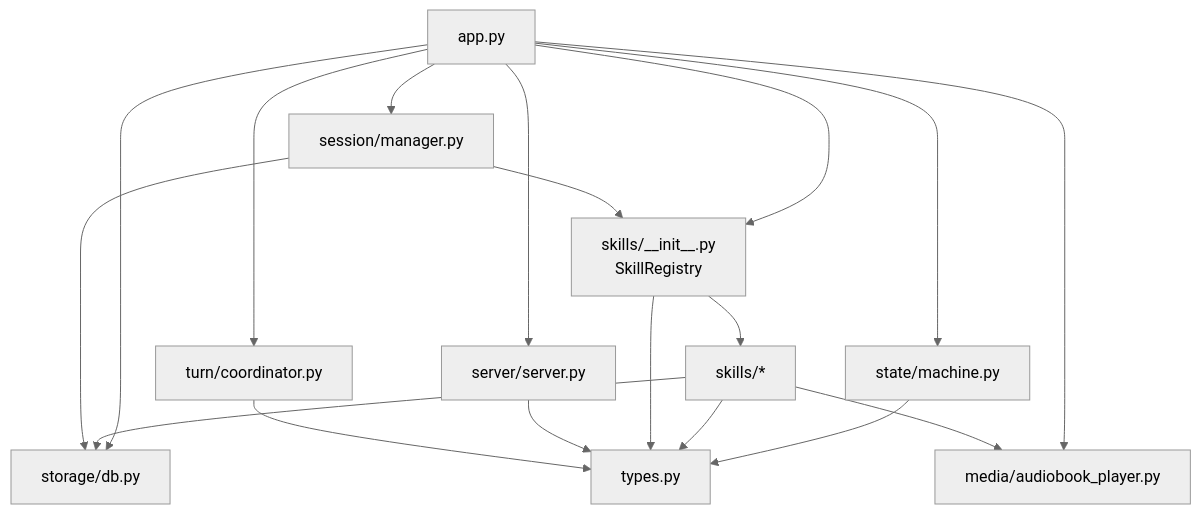
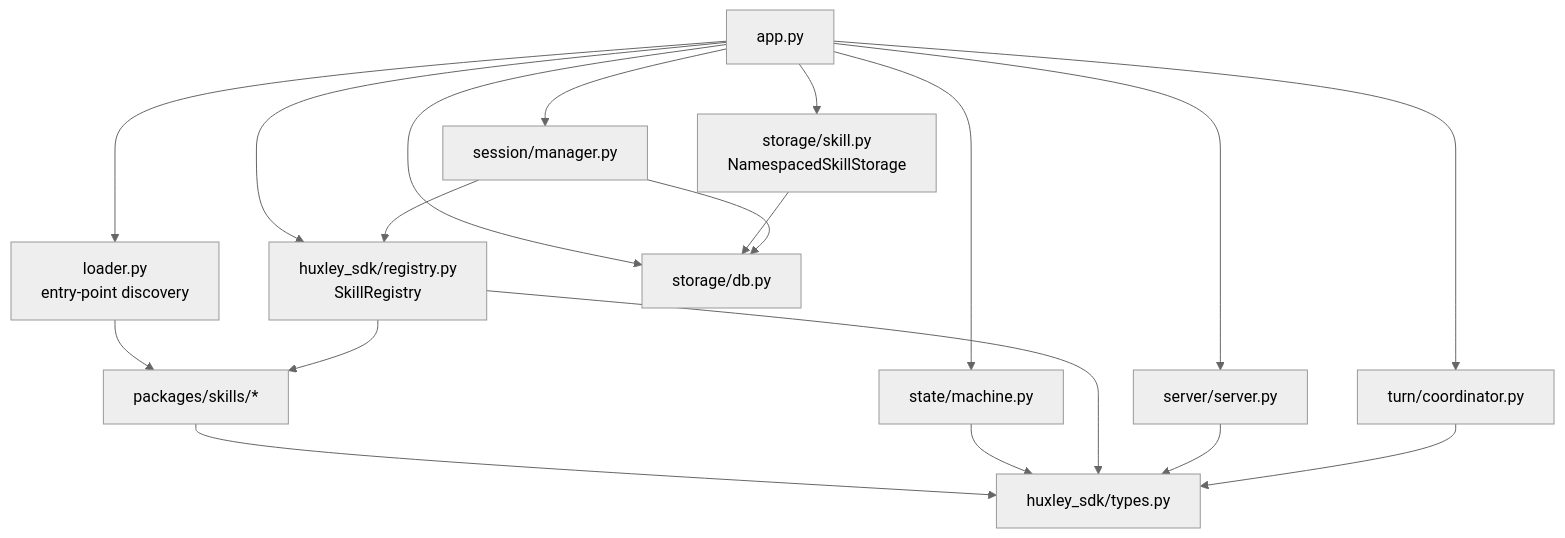
Before and after one commit to ma-r-s/Huxley: the fifth of 5 diagrams in docs/architecture.md, drawn with Mermaid (neutral theme). The commit also changed other lines of this file and 25 other files, not shown here.

First line of the commit message:
refactor(skills): stage 2 — skills as entry-point packages

````diff
--- a/docs/architecture.md
+++ b/docs/architecture.md
@@ -181,31 +181,33 @@
 ```mermaid
 flowchart TD
     App[app.py]
     Server[server/server.py]
     Session[session/manager.py]
     Coord[turn/coordinator.py]
-    Skills[skills/*]
-    Registry[skills/__init__.py<br/>SkillRegistry]
+    Loader[loader.py<br/>entry-point discovery]
+    Registry[huxley_sdk/registry.py<br/>SkillRegistry]
+    Skills[packages/skills/*]
     State[state/machine.py]
-    Player[media/audiobook_player.py]
     Storage[storage/db.py]
-    Types[types.py]
+    NSStorage[storage/skill.py<br/>NamespacedSkillStorage]
+    Types[huxley_sdk/types.py]
 
     App --> Server
     App --> Session
     App --> Coord
+    App --> Loader
     App --> Registry
     App --> State
-    App --> Player
     App --> Storage
+    App --> NSStorage
+    Loader --> Skills
     Registry --> Skills
-    Skills --> Player
-    Skills --> Storage
+    NSStorage --> Storage
+    Skills --> Types
     Session --> Registry
     Session --> Storage
     State --> Types
-    Skills --> Types
     Registry --> Types
     Server --> Types
     Coord --> Types
 ```
````
